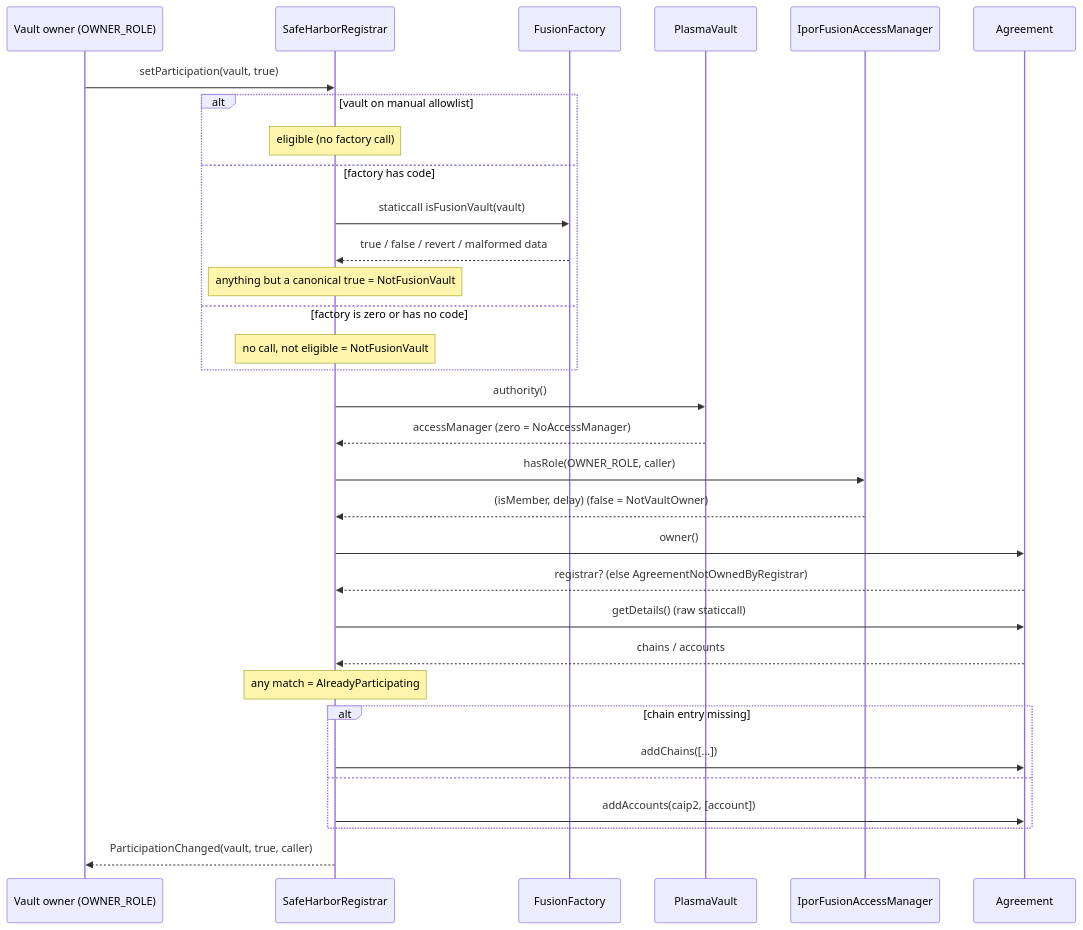
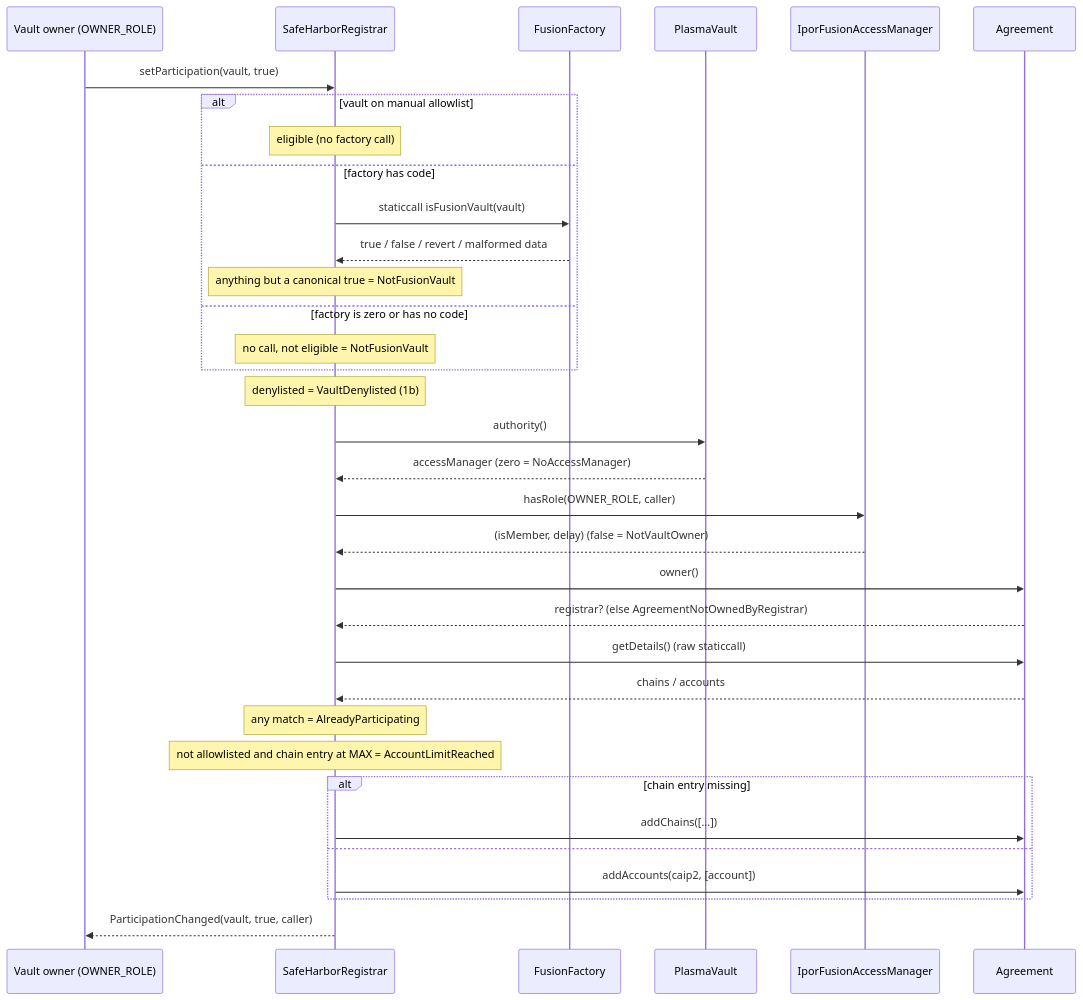
Before and after one commit to IPOR-Labs/ipor-fusion: the second of 3 diagrams in contracts/safe-harbor/README.md, drawn with Mermaid. The commit also changed other lines of this file and 600 other files, not shown here.

````diff
--- a/contracts/safe-harbor/README.md
+++ b/contracts/safe-harbor/README.md
@@ -96,35 +101,37 @@
 ```mermaid
 sequenceDiagram
     participant O as Vault owner (OWNER_ROLE)
     participant R as SafeHarborRegistrar
     participant FF as FusionFactory
     participant V as PlasmaVault
     participant AM as IporFusionAccessManager
     participant A as Agreement
 
     O->>R: setParticipation(vault, true)
     alt vault on manual allowlist
         Note over R: eligible (no factory call)
     else factory has code
         R->>FF: staticcall isFusionVault(vault)
         FF-->>R: true / false / revert / malformed data
         Note over R: anything but a canonical true = NotFusionVault
     else factory is zero or has no code
         Note over R: no call, not eligible = NotFusionVault
     end
+    Note over R: denylisted = VaultDenylisted (1b)
     R->>V: authority()
     V-->>R: accessManager (zero = NoAccessManager)
     R->>AM: hasRole(OWNER_ROLE, caller)
     AM-->>R: (isMember, delay)  (false = NotVaultOwner)
     R->>A: owner()
     A-->>R: registrar? (else AgreementNotOwnedByRegistrar)
     R->>A: getDetails()  (raw staticcall)
     A-->>R: chains / accounts
     Note over R: any match = AlreadyParticipating
+    Note over R: not allowlisted and chain entry at MAX = AccountLimitReached
     alt chain entry missing
         R->>A: addChains([...])
     else
         R->>A: addAccounts(caip2, [account])
     end
     R-->>O: ParticipationChanged(vault, true, caller)
 ```
````
